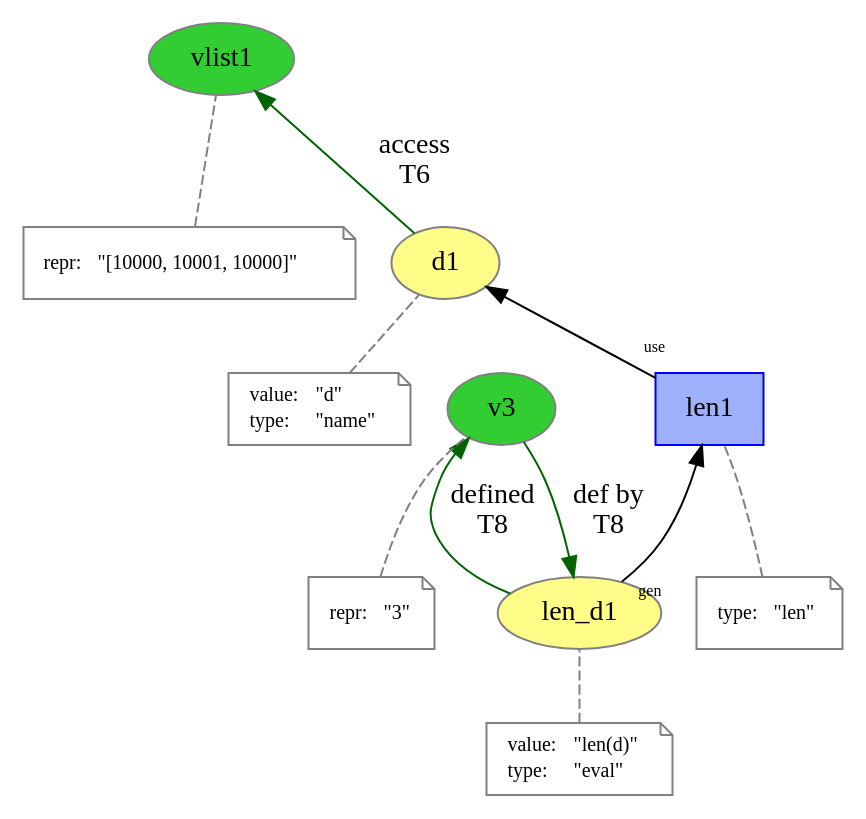
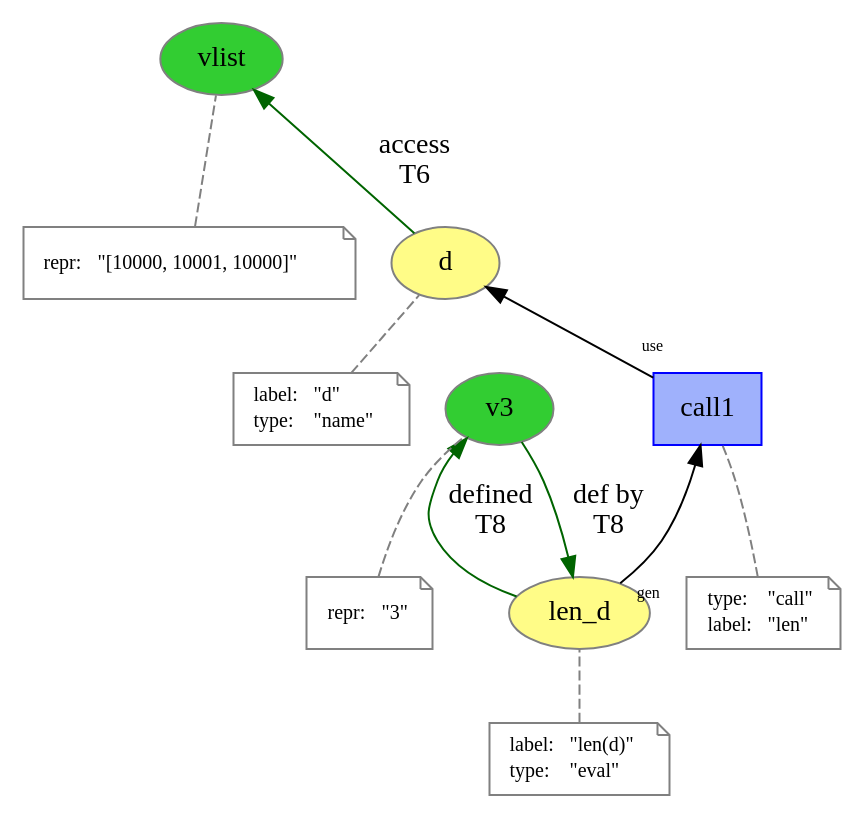
Before and after one commit to dew-uff/versioned-prov: the diagram in mutable_prov/call.dot, drawn with Graphviz. The commit also changed 46 other files, not shown here.

```diff
--- a/mutable_prov/call.dot
+++ b/mutable_prov/call.dot
@@ -1,58 +1,62 @@
 digraph "PROV" { size="16,12"; rankdir="BT";
-"http://example.org/vlist1" [fillcolor="#32CD32",color="#808080",style="filled",label="vlist1",URL="http://example.org/vlist1"]
+"http://example.org/vlist" [fillcolor="#32CD32",color="#808080",style="filled",label="vlist",URL="http://example.org/vlist"]
 "-attrs0" [color="gray",shape="note",fontsize="10",fontcolor="black",label=<<TABLE cellpadding="0" border="0">
 	<TR>
 	    <TD align="left">repr:</TD>
 	    <TD align="left">&quot;[10000, 10001, 10000]&quot;</TD>
 	</TR>
 </TABLE>>]
-"-attrs0" -> "http://example.org/vlist1" [color="gray",style="dashed",arrowhead="none"]
-"http://example.org/d1" [fillcolor="#FFFC87",color="#808080",style="filled",label="d1",URL="http://example.org/d1"]
+"-attrs0" -> "http://example.org/vlist" [color="gray",style="dashed",arrowhead="none"]
+"http://example.org/d" [fillcolor="#FFFC87",color="#808080",style="filled",label="d",URL="http://example.org/d"]
 "-attrs1" [color="gray",shape="note",fontsize="10",fontcolor="black",label=<<TABLE cellpadding="0" border="0">
 	<TR>
-	    <TD align="left">value:</TD>
+	    <TD align="left">label:</TD>
 	    <TD align="left">&quot;d&quot;</TD>
 	</TR>
 	<TR>
 	    <TD align="left">type:</TD>
 	    <TD align="left">&quot;name&quot;</TD>
 	</TR>
 </TABLE>>]
-"-attrs1" -> "http://example.org/d1" [color="gray",style="dashed",arrowhead="none"]
-"http://example.org/d1" -> "http://example.org/vlist1" [labelfontsize="8",labeldistance="1.5",color="darkgreen",labelangle="60.0",rotation="20",label="access
+"-attrs1" -> "http://example.org/d" [color="gray",style="dashed",arrowhead="none"]
+"http://example.org/d" -> "http://example.org/vlist" [labelfontsize="8",labeldistance="1.5",color="darkgreen",labelangle="60.0",rotation="20",label="access
 T6"]
-"http://example.org/len_d1" [fillcolor="#FFFC87",color="#808080",style="filled",label="len_d1",URL="http://example.org/len_d1"]
+"http://example.org/len_d" [fillcolor="#FFFC87",color="#808080",style="filled",label="len_d",URL="http://example.org/len_d"]
 "-attrs2" [color="gray",shape="note",fontsize="10",fontcolor="black",label=<<TABLE cellpadding="0" border="0">
 	<TR>
-	    <TD align="left">value:</TD>
+	    <TD align="left">label:</TD>
 	    <TD align="left">&quot;len(d)&quot;</TD>
 	</TR>
 	<TR>
 	    <TD align="left">type:</TD>
 	    <TD align="left">&quot;eval&quot;</TD>
 	</TR>
 </TABLE>>]
-"-attrs2" -> "http://example.org/len_d1" [color="gray",style="dashed",arrowhead="none"]
+"-attrs2" -> "http://example.org/len_d" [color="gray",style="dashed",arrowhead="none"]
 "http://example.org/v3" [fillcolor="#32CD32",color="#808080",style="filled",label="v3",URL="http://example.org/v3"]
 "-attrs3" [color="gray",shape="note",fontsize="10",fontcolor="black",label=<<TABLE cellpadding="0" border="0">
 	<TR>
 	    <TD align="left">repr:</TD>
 	    <TD align="left">&quot;3&quot;</TD>
 	</TR>
 </TABLE>>]
 "-attrs3" -> "http://example.org/v3" [color="gray",style="dashed",arrowhead="none"]
-"http://example.org/len_d1" -> "http://example.org/v3" [labelfontsize="8",labeldistance="1.5",color="darkgreen",labelangle="60.0",rotation="20",label="defined
+"http://example.org/len_d" -> "http://example.org/v3" [labelfontsize="8",labeldistance="1.5",color="darkgreen",labelangle="60.0",rotation="20",label="defined
 T8"]
-"http://example.org/v3" -> "http://example.org/len_d1" [labelfontsize="8",labeldistance="1.5",color="darkgreen",labelangle="60.0",rotation="20",label="def by
+"http://example.org/v3" -> "http://example.org/len_d" [labelfontsize="8",labeldistance="1.5",color="darkgreen",labelangle="60.0",rotation="20",label="def by
 T8"]
-"http://example.org/len1" [fillcolor="#9FB1FC",color="#0000FF",shape="polygon",sides="4",style="filled",label="len1",URL="http://example.org/len1"]
+"http://example.org/call1" [fillcolor="#9FB1FC",color="#0000FF",shape="polygon",sides="4",style="filled",label="call1",URL="http://example.org/call1"]
 "-attrs4" [color="gray",shape="note",fontsize="10",fontcolor="black",label=<<TABLE cellpadding="0" border="0">
 	<TR>
 	    <TD align="left">type:</TD>
+	    <TD align="left">&quot;call&quot;</TD>
+	</TR>
+	<TR>
+	    <TD align="left">label:</TD>
 	    <TD align="left">&quot;len&quot;</TD>
 	</TR>
 </TABLE>>]
-"-attrs4" -> "http://example.org/len1" [color="gray",style="dashed",arrowhead="none"]
-"http://example.org/len1" -> "http://example.org/d1" [labelfontsize="8",labeldistance="1.5",labelangle="60.0",rotation="20",taillabel="use"]
-"http://example.org/len_d1" -> "http://example.org/len1" [labelfontsize="8",labeldistance="1.5",labelangle="60.0",rotation="20",taillabel="gen"]
+"-attrs4" -> "http://example.org/call1" [color="gray",style="dashed",arrowhead="none"]
+"http://example.org/call1" -> "http://example.org/d" [labelfontsize="8",labeldistance="1.5",labelangle="60.0",rotation="20",taillabel="use"]
+"http://example.org/len_d" -> "http://example.org/call1" [labelfontsize="8",labeldistance="1.5",labelangle="60.0",rotation="20",taillabel="gen"]
 }
```
